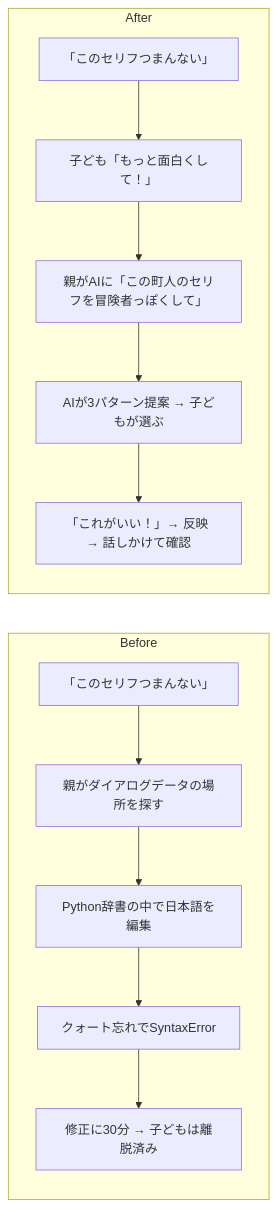
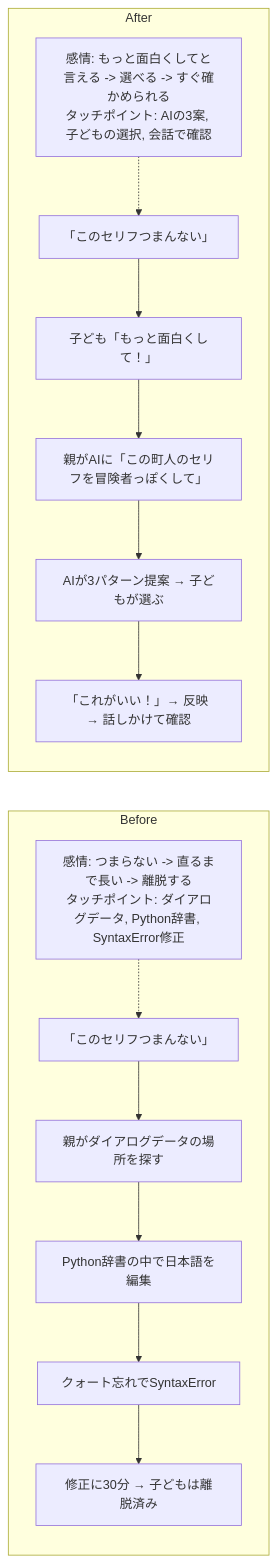
Before and after one commit to tatsuro-ueda/code-quest-pyxel: diagram 11 of 42 in docs/product-requirements/customer-journeys.md, drawn with Mermaid. The commit also changed other lines of this file and 23 other files, not shown here.

````diff
--- a/docs/product-requirements/customer-journeys.md
+++ b/docs/product-requirements/customer-journeys.md
@@ -214,15 +256,19 @@
 ```mermaid
 flowchart LR
     subgraph Before["Before"]
+        BM["感情: つまらない -> 直るまで長い -> 離脱する<br/>タッチポイント: ダイアログデータ, Python辞書, SyntaxError修正"]
+        BM -.-> B1
         B1[「このセリフつまんない」] --> B2[親がダイアログデータの場所を探す]
         B2 --> B3[Python辞書の中で日本語を編集]
         B3 --> B4[クォート忘れでSyntaxError]
         B4 --> B5[修正に30分 → 子どもは離脱済み]
     end
     subgraph After["After"]
+        AM["感情: もっと面白くしてと言える -> 選べる -> すぐ確かめられる<br/>タッチポイント: AIの3案, 子どもの選択, 会話で確認"]
+        AM -.-> A1
         A1[「このセリフつまんない」] --> A2[子ども「もっと面白くして！」]
         A2 --> A3[親がAIに「この町人のセリフを冒険者っぽくして」]
         A3 --> A4[AIが3パターン提案 → 子どもが選ぶ]
         A4 --> A5[「これがいい！」→ 反映 → 話しかけて確認]
     end
 ```
````
